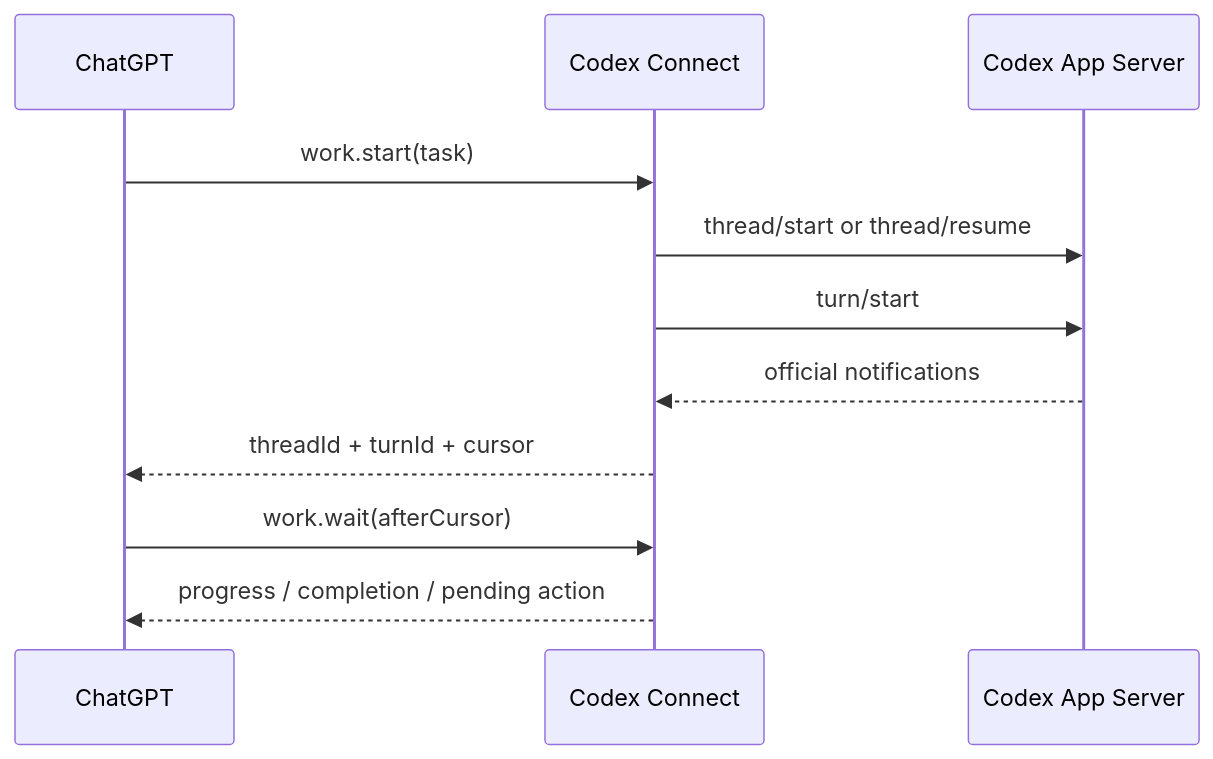
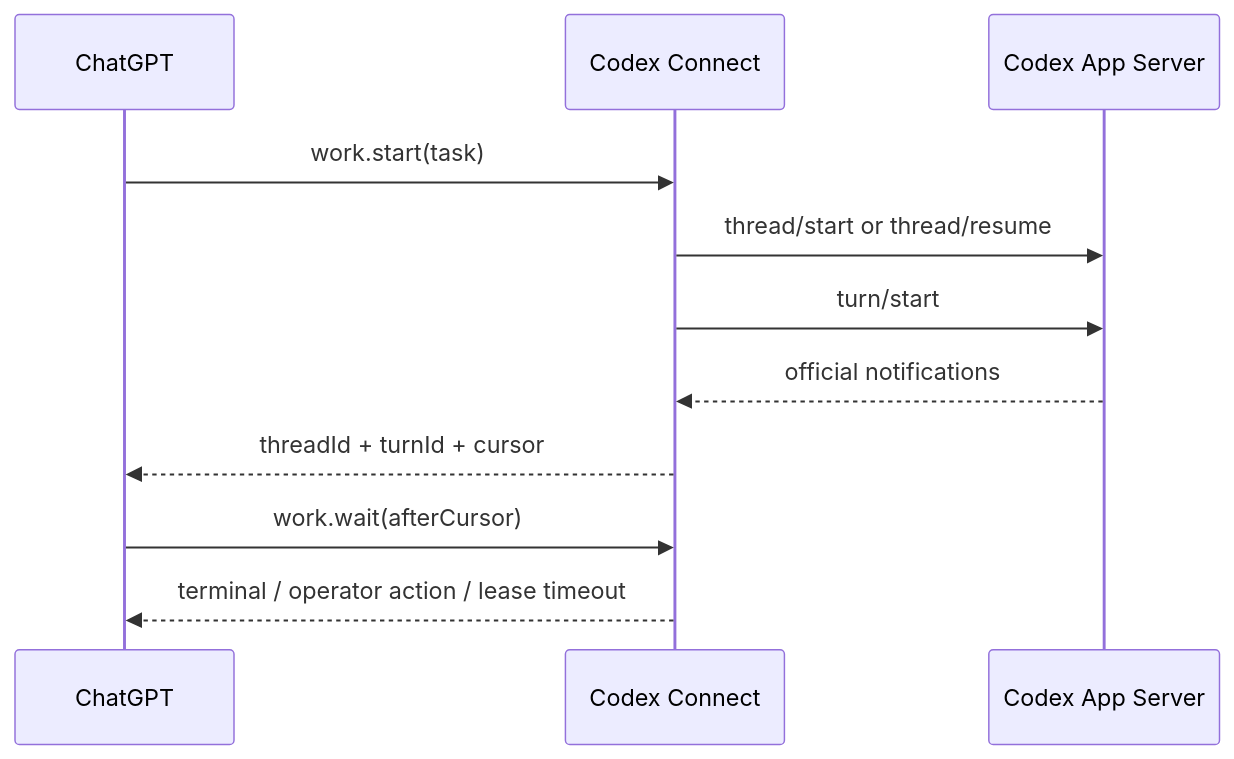
One commit to Jesrey0/codex-connect changed the second of 2 diagrams in docs/architecture/overview.md. Above: the diagram before and after it, drawn with Mermaid. The commit also changed other lines of this file and 3 other files, not shown here.

````diff
--- a/docs/architecture/overview.md
+++ b/docs/architecture/overview.md
@@ -47,14 +47,14 @@
 ```mermaid
 sequenceDiagram
     participant C as ChatGPT
     participant X as Codex Connect
     participant A as Codex App Server
 
     C->>X: work.start(task)
     X->>A: thread/start or thread/resume
     X->>A: turn/start
     A-->>X: official notifications
     X-->>C: threadId + turnId + cursor
     C->>X: work.wait(afterCursor)
-    X-->>C: progress / completion / pending action
+    X-->>C: terminal / operator action / lease timeout
 ```
````
